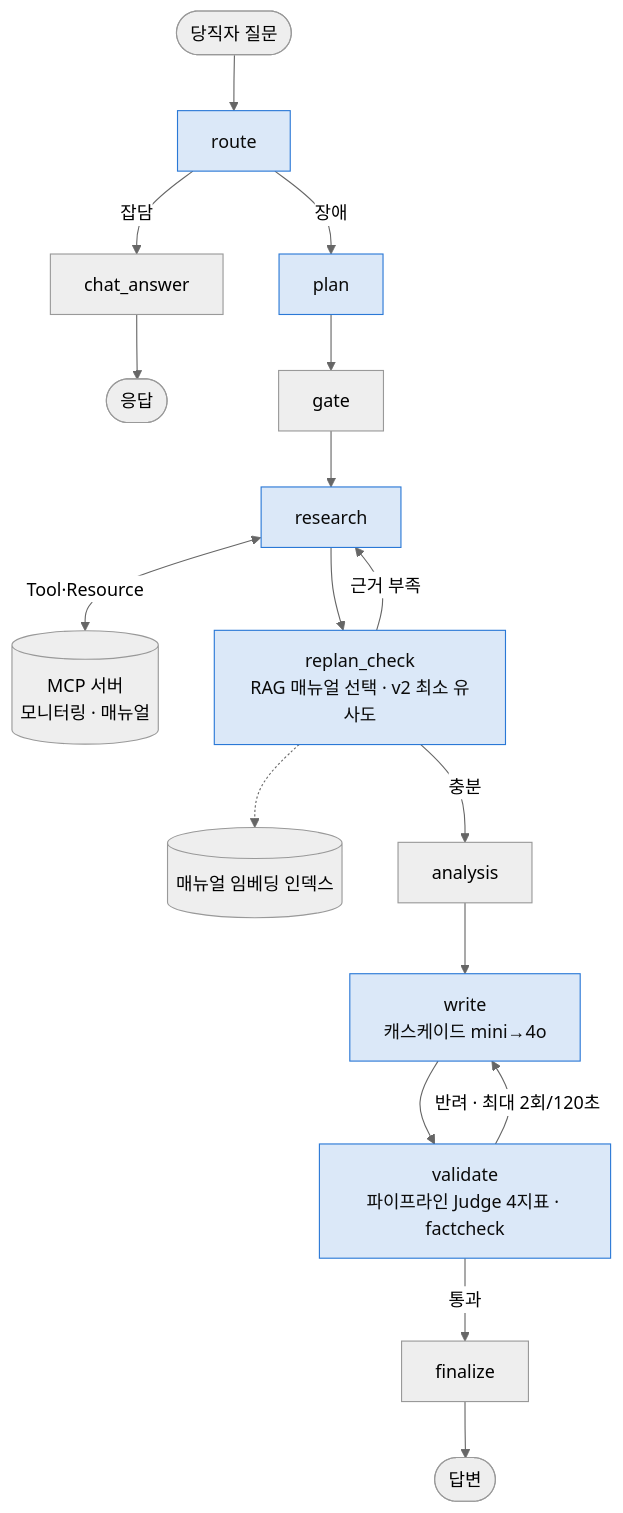
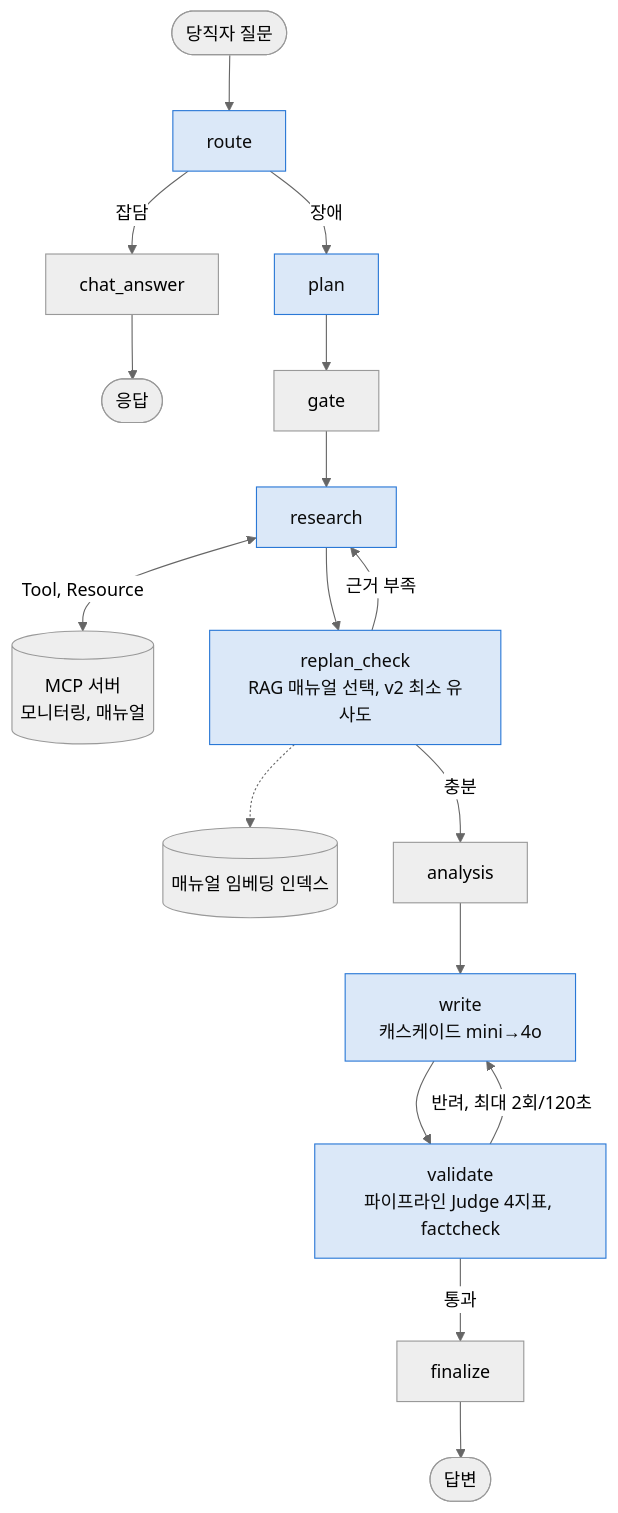
Before and after one commit to jang961111-hash/incident-agent-ablation: the diagram in README.md, drawn with Mermaid (neutral theme). The commit also changed other lines of this file and 28 other files, not shown here.

````diff
--- a/README.md
+++ b/README.md
@@ -152,16 +152,16 @@
 ```mermaid
 flowchart TD
     Q([당직자 질문]) --> route
     route -->|잡담| chat[chat_answer] --> E1([응답])
     route -->|장애| plan --> gate --> research
-    research <-->|Tool·Resource| MCP[(MCP 서버<br/>모니터링 · 매뉴얼)]
-    research --> replan[replan_check<br/>RAG 매뉴얼 선택 · v2 최소 유사도]
+    research <-->|Tool, Resource| MCP[(MCP 서버<br/>모니터링, 매뉴얼)]
+    research --> replan[replan_check<br/>RAG 매뉴얼 선택, v2 최소 유사도]
     replan -.-> IDX[(매뉴얼 임베딩 인덱스)]
     replan -->|근거 부족| research
     replan -->|충분| analysis --> write[write<br/>캐스케이드 mini→4o]
-    write --> validate[validate<br/>파이프라인 Judge 4지표 · factcheck]
-    validate -->|반려 · 최대 2회/120초| write
+    write --> validate[validate<br/>파이프라인 Judge 4지표, factcheck]
+    validate -->|반려, 최대 2회/120초| write
     validate -->|통과| finalize --> E2([답변])
     classDef changed fill:#dbe8f8,stroke:#2a78d6,color:#0b0b0b
     class route,plan,research,replan,write,validate changed
 ```
````
